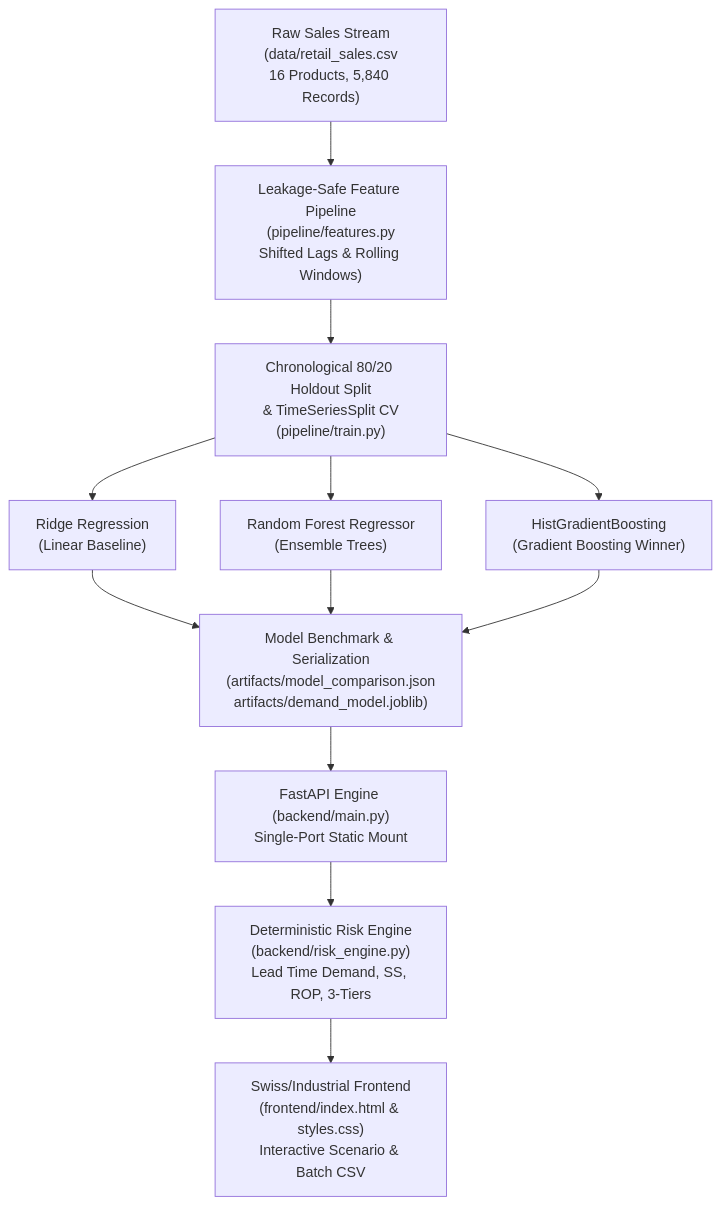
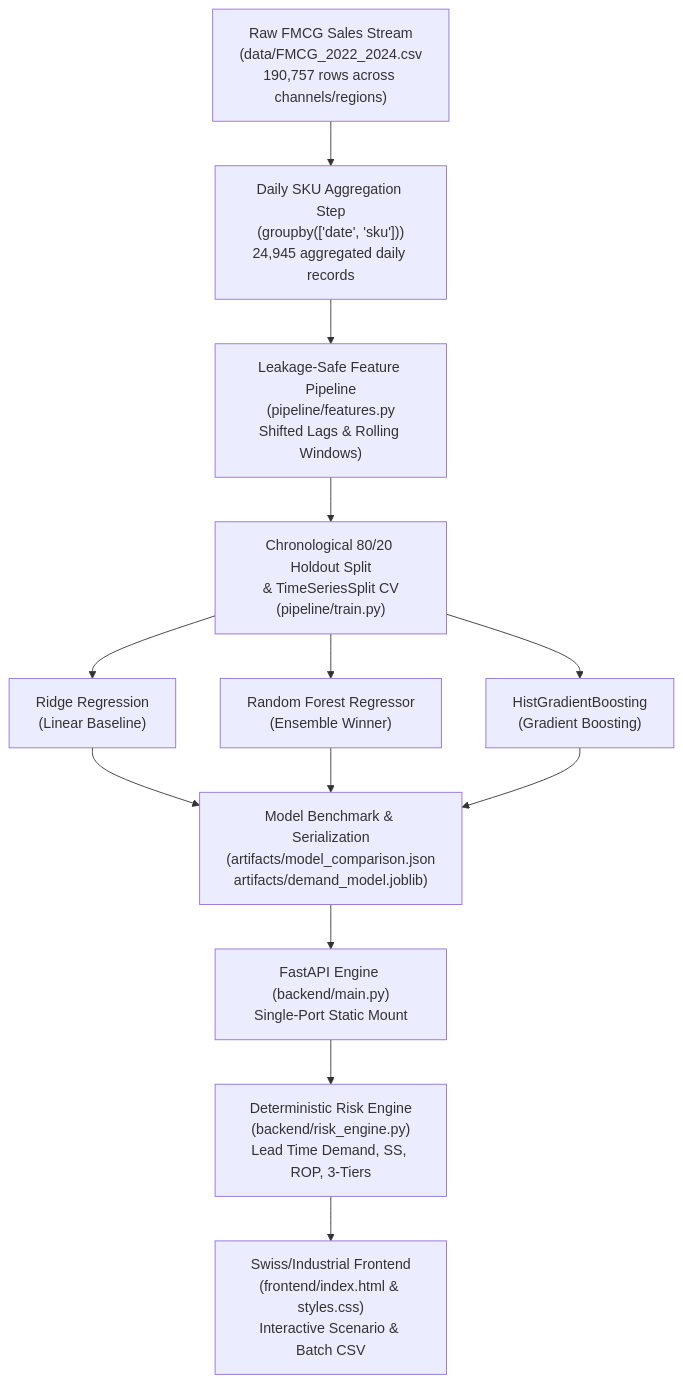
The diagram in PROJECT_WALKTHROUGH.md (vihannmogurum/Retail-Product-Risk-Estimation), drawn with Mermaid before and after one commit. The commit also changed other lines of this file and 18 other files, not shown here.

````diff
--- a/PROJECT_WALKTHROUGH.md
+++ b/PROJECT_WALKTHROUGH.md
@@ -9,12 +9,13 @@
 ```mermaid
 flowchart TD
-    A["Raw Sales Stream\n(data/retail_sales.csv\n16 Products, 5,840 Records)"] --> B["Leakage-Safe Feature Pipeline\n(pipeline/features.py\nShifted Lags & Rolling Windows)"]
-    B --> C["Chronological 80/20 Holdout Split\n& TimeSeriesSplit CV\n(pipeline/train.py)"]
-    C --> D1["Ridge Regression\n(Linear Baseline)"]
-    C --> D2["Random Forest Regressor\n(Ensemble Trees)"]
-    C --> D3["HistGradientBoosting\n(Gradient Boosting Winner)"]
-    D1 & D2 & D3 --> E["Model Benchmark & Serialization\n(artifacts/model_comparison.json\nartifacts/demand_model.joblib)"]
-    E --> F["FastAPI Engine (backend/main.py)\nSingle-Port Static Mount"]
-    F --> G["Deterministic Risk Engine\n(backend/risk_engine.py)\nLead Time Demand, SS, ROP, 3-Tiers"]
-    G --> H["Swiss/Industrial Frontend\n(frontend/index.html & styles.css)\nInteractive Scenario & Batch CSV"]
+    A["Raw FMCG Sales Stream\n(data/FMCG_2022_2024.csv\n190,757 rows across channels/regions)"] --> B["Daily SKU Aggregation Step\n(groupby(['date', 'sku']))\n24,945 aggregated daily records"]
+    B --> C["Leakage-Safe Feature Pipeline\n(pipeline/features.py\nShifted Lags & Rolling Windows)"]
+    C --> D["Chronological 80/20 Holdout Split\n& TimeSeriesSplit CV\n(pipeline/train.py)"]
+    D --> E1["Ridge Regression\n(Linear Baseline)"]
+    D --> E2["Random Forest Regressor\n(Ensemble Winner)"]
+    D --> E3["HistGradientBoosting\n(Gradient Boosting)"]
+    E1 & E2 & E3 --> F["Model Benchmark & Serialization\n(artifacts/model_comparison.json\nartifacts/demand_model.joblib)"]
+    F --> G["FastAPI Engine (backend/main.py)\nSingle-Port Static Mount"]
+    G --> H["Deterministic Risk Engine\n(backend/risk_engine.py)\nLead Time Demand, SS, ROP, 3-Tiers"]
+    H --> I["Swiss/Industrial Frontend\n(frontend/index.html & styles.css)\nInteractive Scenario & Batch CSV"]
 ```
````
